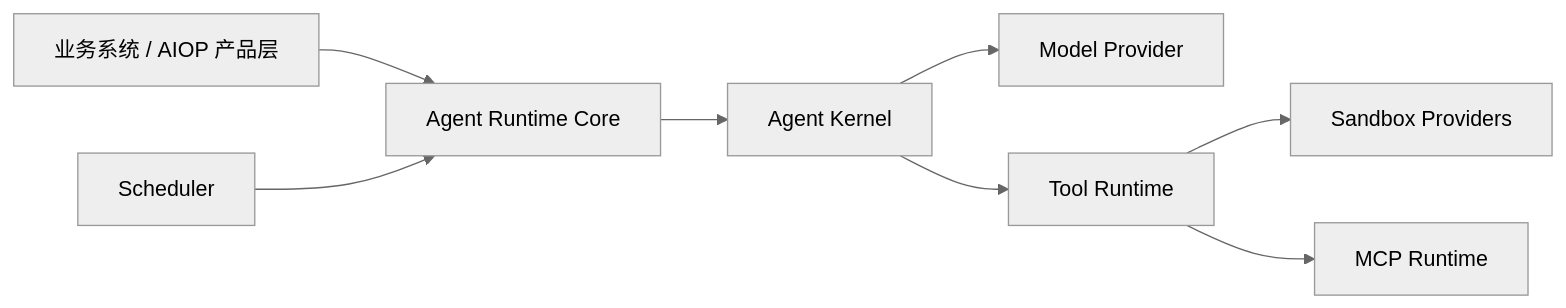
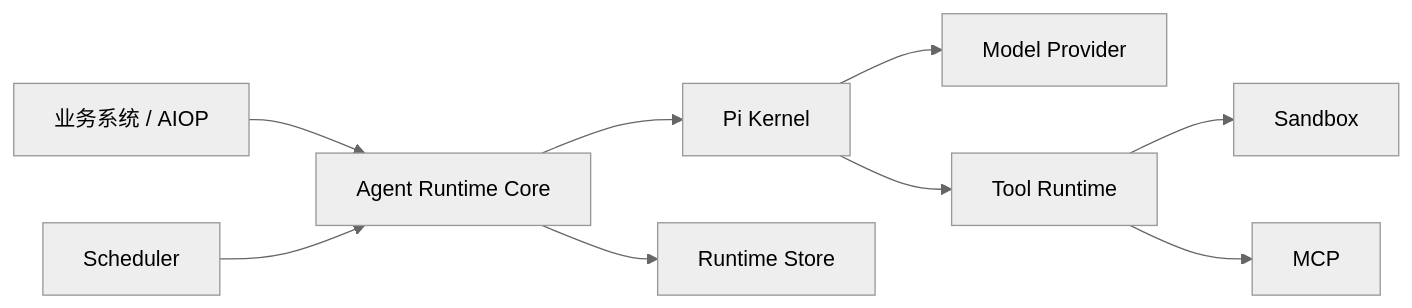
Before and after one commit to Wpxknight/agentdemo: the diagram in docs/design/12-pi-integration-plan.md, drawn with Mermaid (neutral theme). The commit also changed other lines of this file and 1 other file, not shown here.

````diff
--- a/docs/design/12-pi-integration-plan.md
+++ b/docs/design/12-pi-integration-plan.md
@@ -109,19 +40,21 @@
 ```mermaid
 flowchart LR
-  Product[业务系统 / AIOP 产品层]
+  Product[业务系统 / AIOP]
   Scheduler[Scheduler]
   Runtime[Agent Runtime Core]
-  Kernel[Agent Kernel]
+  Kernel[Pi Kernel]
   Model[Model Provider]
   Tool[Tool Runtime]
-  Sandbox[Sandbox Providers]
-  MCP[MCP Runtime]
+  Sandbox[Sandbox]
+  MCP[MCP]
+  Store[Runtime Store]
 
   Product --> Runtime
   Scheduler --> Runtime
+  Runtime --> Store
   Runtime --> Kernel
   Kernel --> Model
   Kernel --> Tool
   Tool --> Sandbox
   Tool --> MCP
 ```
````
